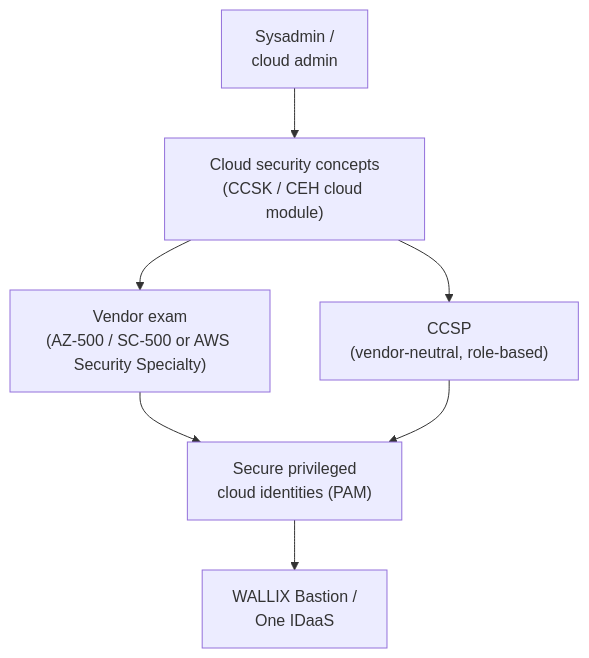
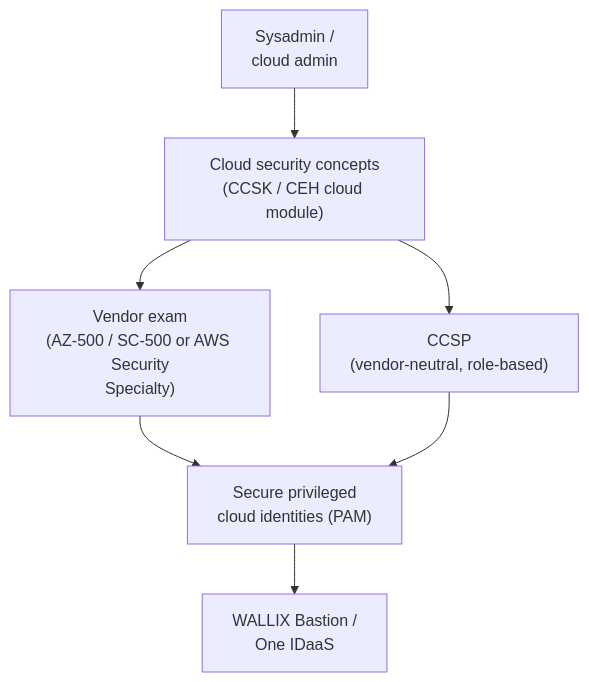
Before and after one commit to morandeirachema/WallixCerts: the diagram in adjacent-certs/cloud-security.md, drawn with Mermaid. The commit also changed 37 other files, not shown here.

First line of the commit message:
Make Mermaid node boxes fit their text (wrap long labels) + enforce it

````diff
--- a/adjacent-certs/cloud-security.md
+++ b/adjacent-certs/cloud-security.md
@@ -66,9 +66,9 @@
 ```mermaid
 flowchart TD
     SYSADMIN["Sysadmin /<br/>cloud admin"] --> CONCEPTS["Cloud security concepts<br/>(CCSK / CEH cloud module)"]
-    CONCEPTS --> VENDOR["Vendor exam<br/>(AZ-500 / SC-500 or AWS Security Specialty)"]
+    CONCEPTS --> VENDOR["Vendor exam<br/>(AZ-500 / SC-500 or AWS Security<br/>Specialty)"]
     CONCEPTS --> NEUTRAL["CCSP<br/>(vendor-neutral, role-based)"]
     VENDOR --> PAMCLOUD["Secure privileged<br/>cloud identities (PAM)"]
     NEUTRAL --> PAMCLOUD
     PAMCLOUD --> WALLIX["WALLIX Bastion /<br/>One IDaaS"]
 ```
````
